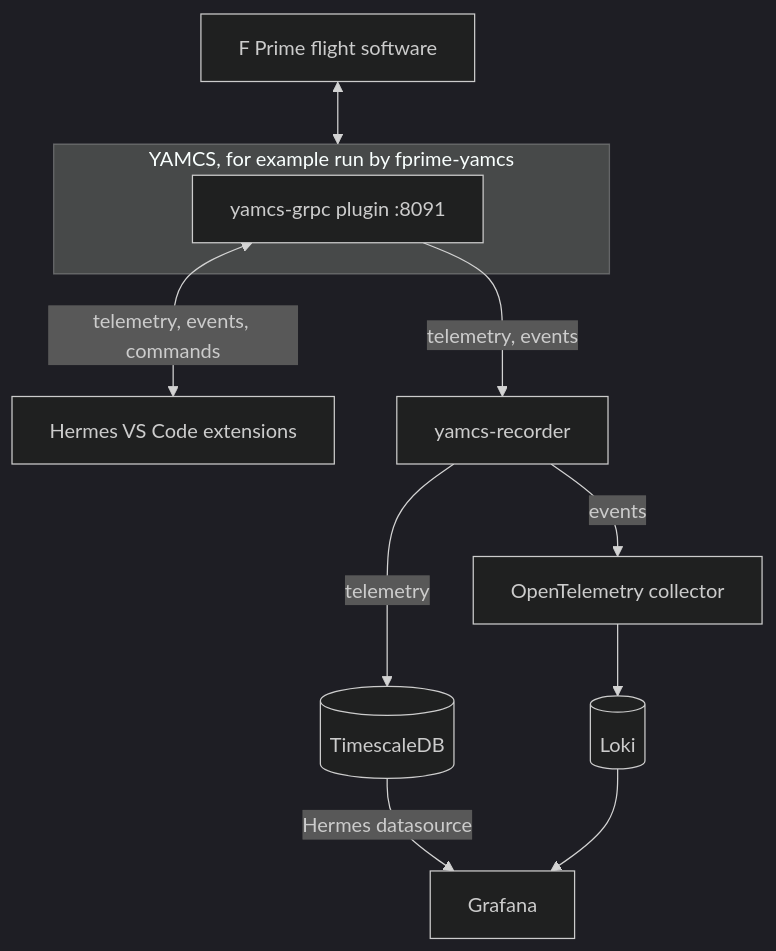
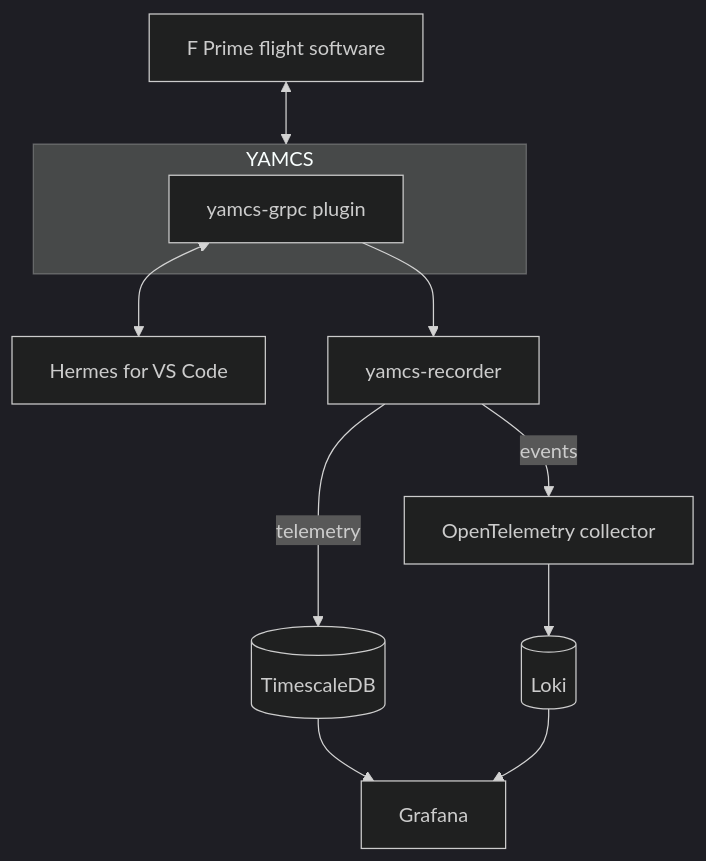
Before and after one commit to nasa/hermes: the diagram in docs/index.md, drawn with Mermaid (dark theme). The commit also changed 1 other file, not shown here.

Commit message:
[docs] Use the README's clean parts diagram on the home page
- Replace the home page's diagram with the one-line-label version
- Restore the README diagram's short labels

````diff
--- a/docs/index.md
+++ b/docs/index.md
@@ -31,13 +31,24 @@
 ```mermaid
 flowchart TB
-    subgraph yamcs ["YAMCS, for example run by fprime-yamcs"]
-        grpc["yamcs-grpc plugin :8091"]
+    fsw["F Prime flight software"]
+
+    subgraph yamcs ["YAMCS"]
+        grpc["yamcs-grpc plugin"]
     end
-    fsw["F Prime flight software"] <--> yamcs
-    grpc <-->|"telemetry, events, commands"| vsc["Hermes VS Code extensions"]
-    grpc -->|"telemetry, events"| rec["yamcs-recorder"]
-    rec -->|"telemetry"| ts[("TimescaleDB")]
-    rec -->|"events"| otel["OpenTelemetry collector"] --> loki[("Loki")]
-    ts -->|"Hermes datasource"| graf["Grafana"]
+
+    vsc["Hermes for VS Code"]
+    rec["yamcs-recorder"]
+    ts[("TimescaleDB")]
+    otel["OpenTelemetry collector"]
+    loki[("Loki")]
+    graf["Grafana"]
+
+    fsw <--> yamcs
+    grpc <--> vsc
+    grpc --> rec
+    rec -->|"telemetry"| ts
+    rec -->|"events"| otel
+    otel --> loki
+    ts --> graf
     loki --> graf
 ```
````
